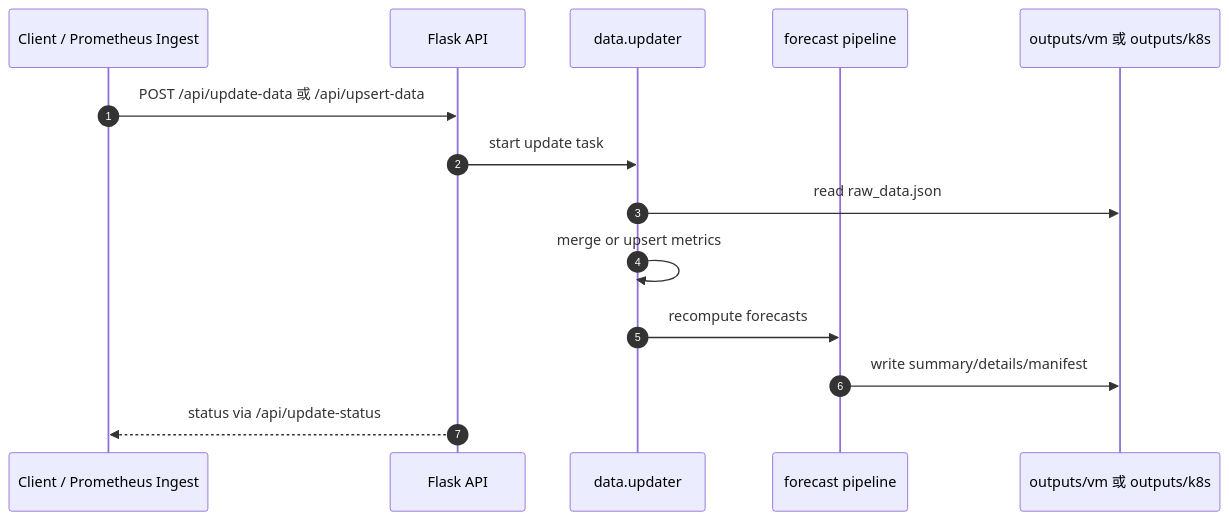
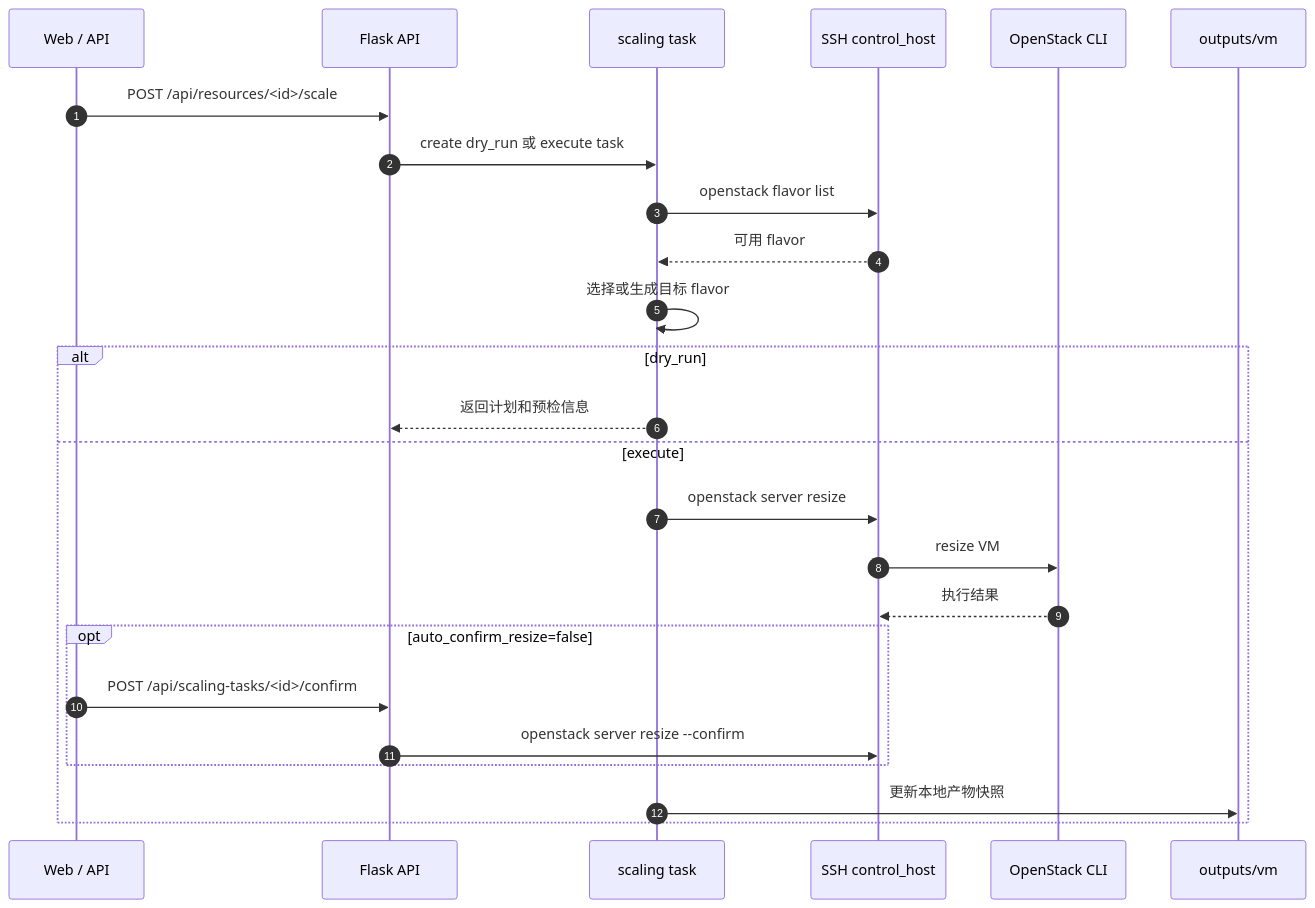
One commit to zorocui/resource_predict changed the sixth of 6 diagrams in README.md. Above: the diagram before and after it, drawn with Mermaid. The commit also changed other lines of this file and 24 other files, not shown here.

````diff
--- a/README.md
+++ b/README.md
@@ -155,17 +246,28 @@
 ```mermaid
 sequenceDiagram
     autonumber
-    participant Client as Client / Prometheus Ingest
+    participant User as Web / API
     participant API as Flask API
-    participant Updater as data.updater
-    participant Pipeline as forecast pipeline
-    participant Outputs as outputs/vm 或 outputs/k8s
+    participant Task as scaling task
+    participant SSH as SSH control_host
+    participant OS as OpenStack CLI
+    participant Outputs as outputs/vm
 
-    Client->>API: POST /api/update-data 或 /api/upsert-data
-    API->>Updater: start update task
-    Updater->>Outputs: read raw_data.json
-    Updater->>Updater: merge or upsert metrics
-    Updater->>Pipeline: recompute forecasts
-    Pipeline->>Outputs: write summary/details/manifest
-    API-->>Client: status via /api/update-status
+    User->>API: POST /api/resources/<id>/scale
+    API->>Task: create dry_run 或 execute task
+    Task->>SSH: openstack flavor list
+    SSH-->>Task: 可用 flavor
+    Task->>Task: 选择或生成目标 flavor
+    alt dry_run
+        Task-->>API: 返回计划和预检信息
+    else execute
+        Task->>SSH: openstack server resize
+        SSH->>OS: resize VM
+        OS-->>SSH: 执行结果
+        opt auto_confirm_resize=false
+            User->>API: POST /api/scaling-tasks/<id>/confirm
+            API->>SSH: openstack server resize --confirm
+        end
+        Task->>Outputs: 更新本地产物快照
+    end
 ```
````
